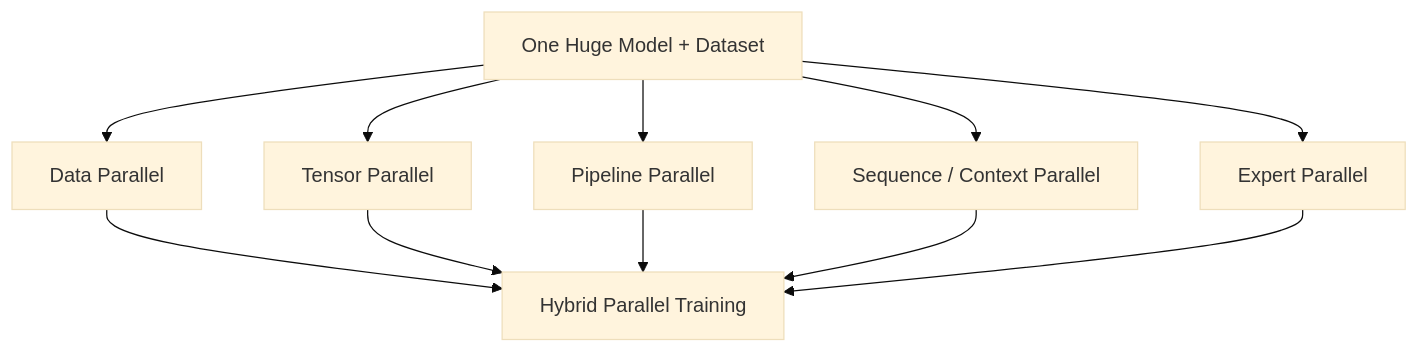
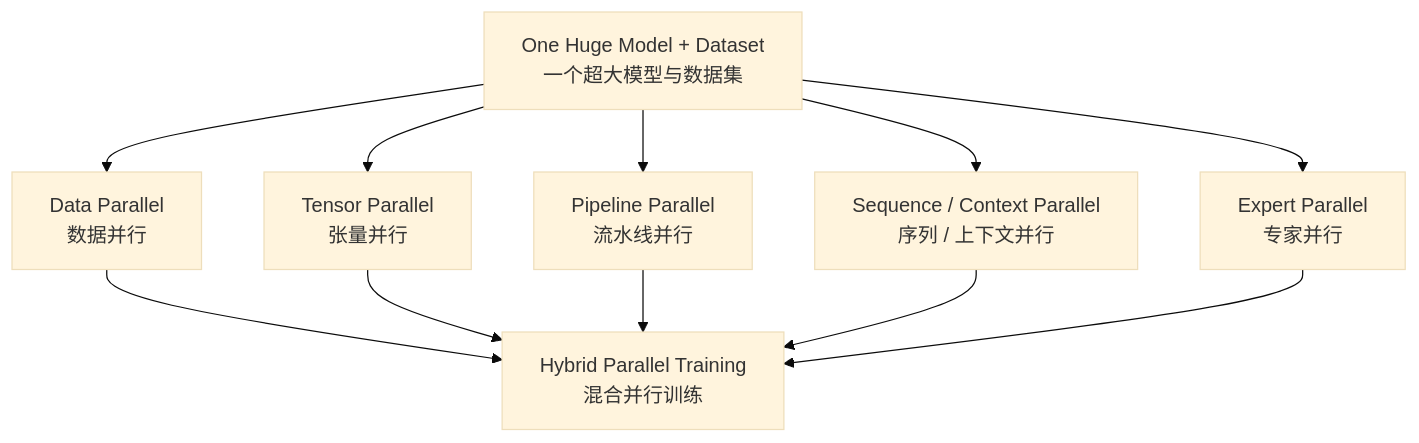
Before and after one commit to Yukun-Zheng/LLM-development: diagram 12 of 12 in figures/README.md, drawn with Mermaid (base theme). The commit also changed other lines of this file, not shown here.

Commit message:
docs: localize figure labels with Chinese

````diff
--- a/figures/README.md
+++ b/figures/README.md
@@ -308,13 +308,13 @@
 ```mermaid
 flowchart TD
-    M[One Huge Model + Dataset] --> DP[Data Parallel]
-    M --> TP[Tensor Parallel]
-    M --> PP[Pipeline Parallel]
-    M --> CP[Sequence / Context Parallel]
-    M --> EP[Expert Parallel]
-    DP --> H[Hybrid Parallel Training]
+    M[One Huge Model + Dataset<br/>一个超大模型与数据集] --> DP[Data Parallel<br/>数据并行]
+    M --> TP[Tensor Parallel<br/>张量并行]
+    M --> PP[Pipeline Parallel<br/>流水线并行]
+    M --> CP[Sequence / Context Parallel<br/>序列 / 上下文并行]
+    M --> EP[Expert Parallel<br/>专家并行]
+    DP --> H[Hybrid Parallel Training<br/>混合并行训练]
     TP --> H
     PP --> H
     CP --> H
     EP --> H
 ```
````
